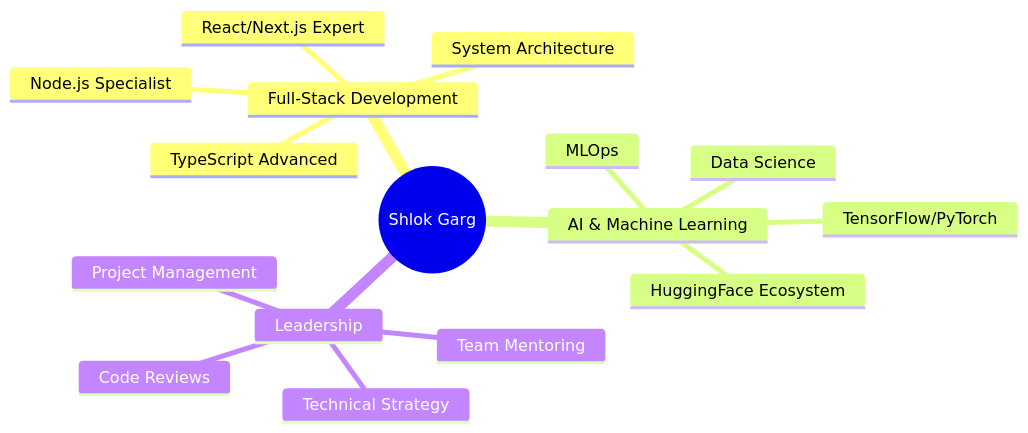
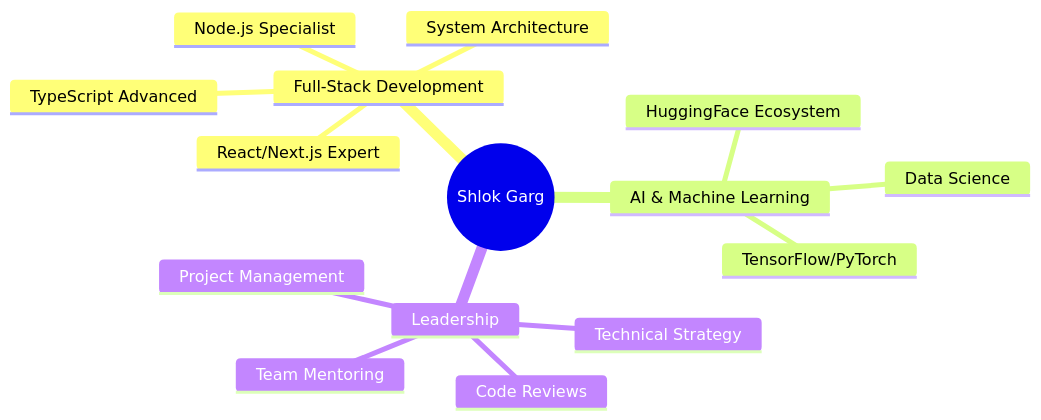
The diagram in README.md (ShlokGarg22/ShlokGarg22), drawn with Mermaid before and after one commit. The commit also changed other lines of this file, not shown here.

Commit message:
Update title and remove MLOps from specialties

````diff
--- a/README.md
+++ b/README.md
@@ -179,19 +179,18 @@
 ```mermaid
 mindmap
   root((Shlok Garg))
     Full-Stack Development
       React/Next.js Expert
       Node.js Specialist
       TypeScript Advanced
       System Architecture
     AI & Machine Learning
       HuggingFace Ecosystem
       TensorFlow/PyTorch
       Data Science
-      MLOps
     Leadership
       Team Mentoring
       Code Reviews
       Technical Strategy
       Project Management
 ```
````
